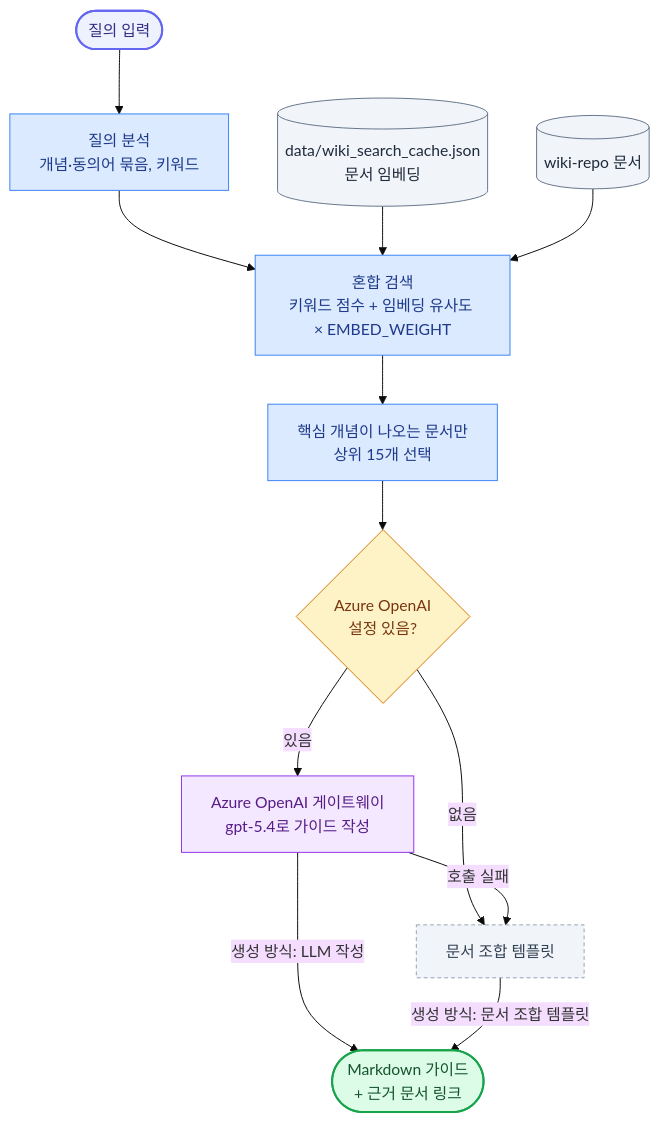
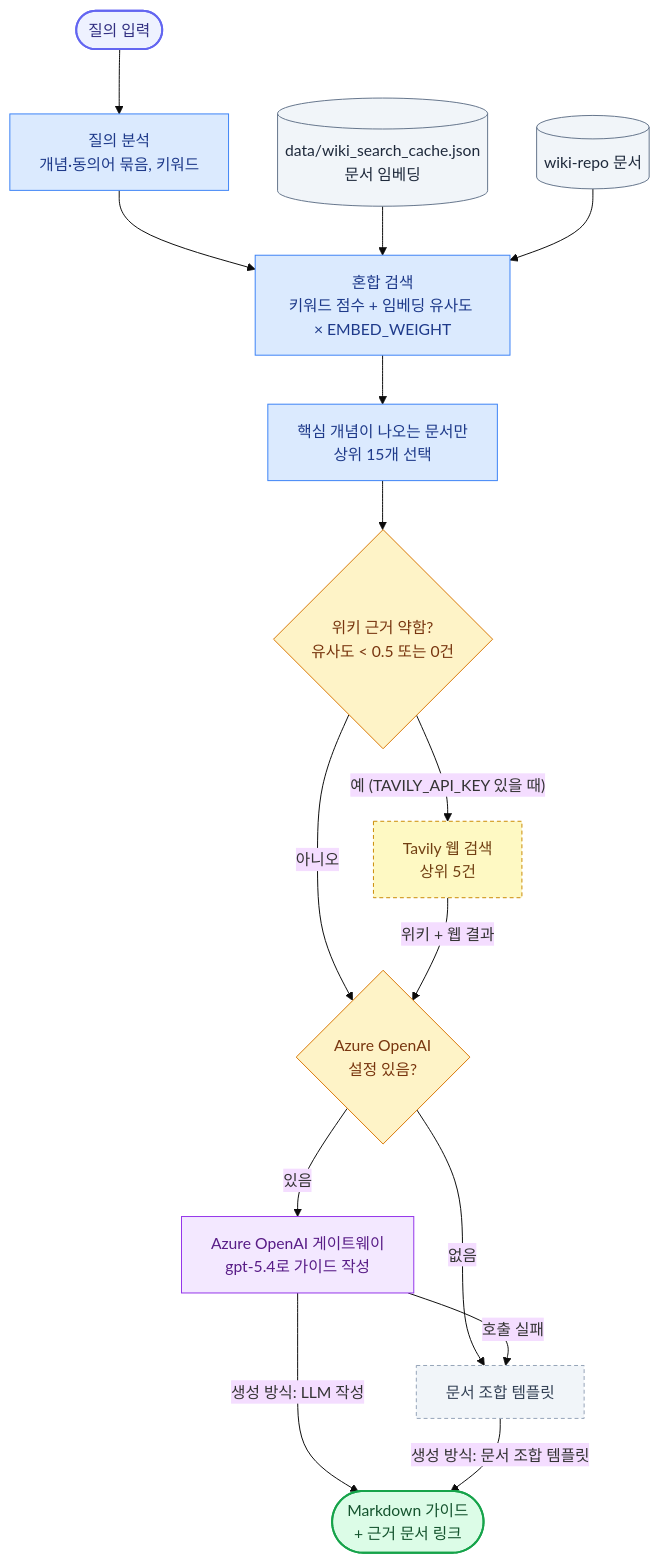
Before and after one commit to pcmola/ai-master: the fourth of 7 diagrams in README.md, drawn with Mermaid (base theme). The commit also changed other lines of this file and 7 other files, not shown here.

````diff
--- a/README.md
+++ b/README.md
@@ -223,29 +231,35 @@
 ```mermaid
 flowchart TD
     q(["질의 입력"]) --> analyze["질의 분석<br/>개념·동의어 묶음, 키워드"]
     analyze --> rank["혼합 검색<br/>키워드 점수 + 임베딩 유사도 × EMBED_WEIGHT"]
     cache[("data/wiki_search_cache.json<br/>문서 임베딩")] --> rank
     repo[("wiki-repo 문서")] --> rank
     rank --> filter["핵심 개념이 나오는 문서만<br/>상위 15개 선택"]
-    filter --> llm{"Azure OpenAI<br/>설정 있음?"}
+    filter --> weak{"위키 근거 약함?<br/>유사도 &lt; 0.5 또는 0건"}
+    weak -- "예 (TAVILY_API_KEY 있을 때)" --> web["Tavily 웹 검색<br/>상위 5건"]
+    weak -- "아니오" --> llm{"Azure OpenAI<br/>설정 있음?"}
+    web -- "위키 + 웹 결과" --> llm
     llm -- "있음" --> openai["Azure OpenAI 게이트웨이<br/>gpt-5.4로 가이드 작성"]
     llm -- "없음" --> tpl["문서 조합 템플릿"]
     openai -- "호출 실패" --> tpl
     openai -- "생성 방식: LLM 작성" --> out(["Markdown 가이드<br/>+ 근거 문서 링크"])
     tpl -- "생성 방식: 문서 조합 템플릿" --> out
 
     classDef io fill:#EEF2FF,stroke:#6366F1,stroke-width:2px,color:#312E81
     classDef step fill:#DBEAFE,stroke:#3B82F6,color:#1E3A8A
     classDef store fill:#F1F5F9,stroke:#64748B,color:#1E293B
     classDef decide fill:#FEF3C7,stroke:#D97706,color:#78350F
     classDef llm fill:#F3E8FF,stroke:#9333EA,color:#581C87
+    classDef webq fill:#FEF9C3,stroke:#CA8A04,stroke-dasharray:4 3,color:#713F12
     classDef fallback fill:#F1F5F9,stroke:#94A3B8,stroke-dasharray:4 3,color:#334155
     classDef done fill:#DCFCE7,stroke:#16A34A,stroke-width:2px,color:#14532D
     class q io
     class analyze,rank,filter step
     class cache,repo store
+    class weak decide
+    class web webq
     class llm decide
     class openai llm
     class tpl fallback
     class out done
 ```
````
